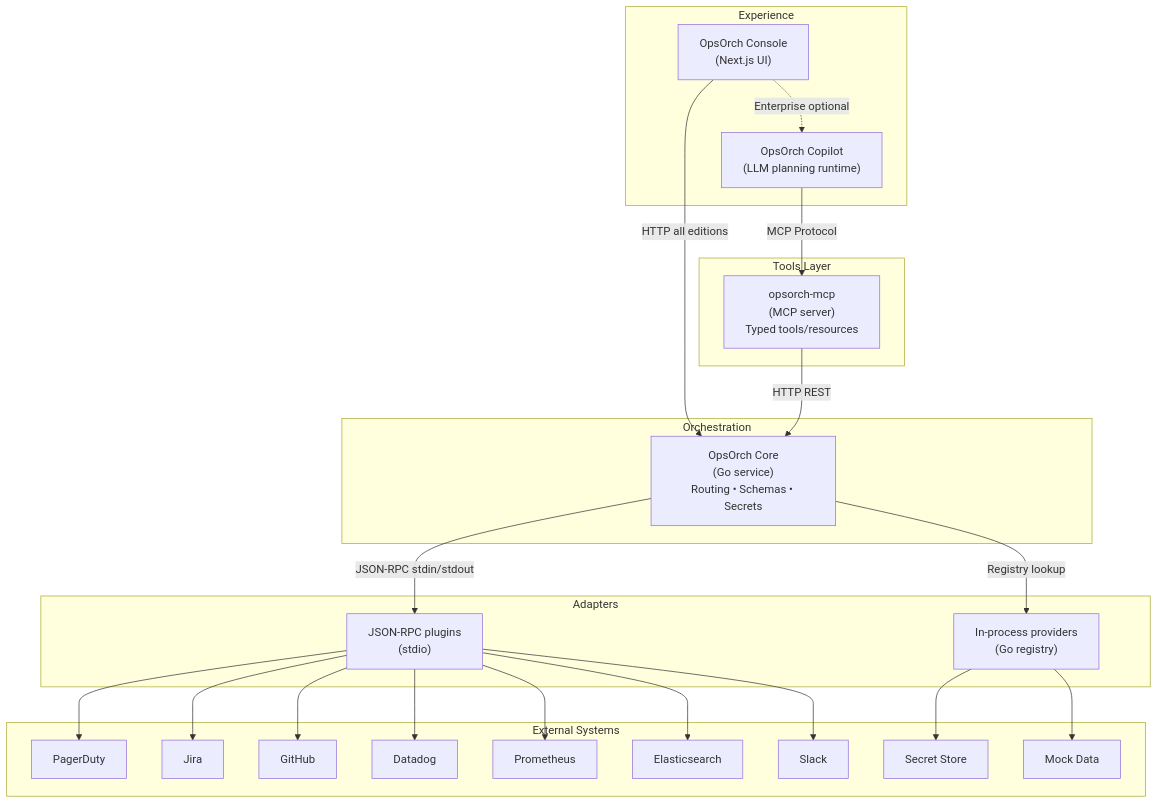
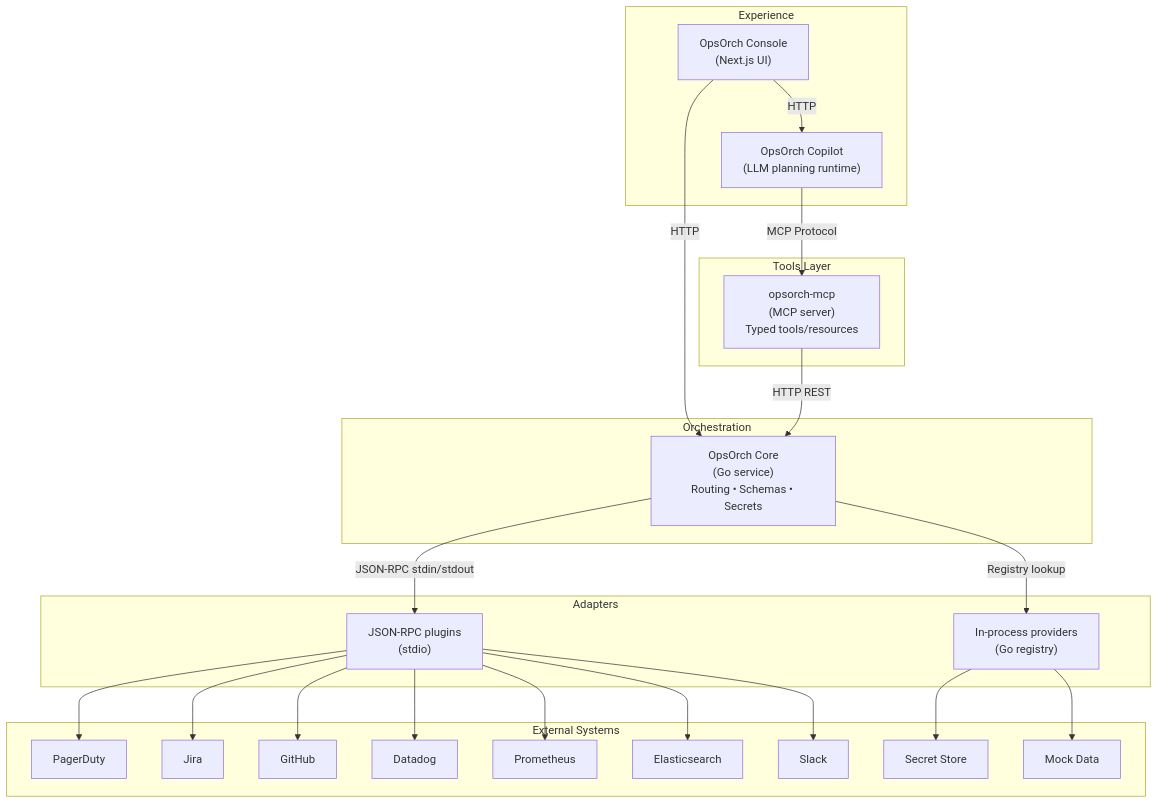
One commit to OpsOrch/.github changed the diagram in profile/README.md. Above: the diagram before and after it, drawn with Mermaid. The commit also changed other lines of this file and 4 other files, not shown here.

````diff
--- a/profile/README.md
+++ b/profile/README.md
@@ -34,48 +34,48 @@
 ```mermaid
 graph TB
     subgraph "Experience"
         Console["OpsOrch Console\n(Next.js UI)"]
         Copilot["OpsOrch Copilot\n(LLM planning runtime)"]
     end
     
     subgraph "Tools Layer"
         MCP["opsorch-mcp\n(MCP server)\nTyped tools/resources"]
     end
     
     subgraph "Orchestration"
         Core["OpsOrch Core\n(Go service)\nRouting • Schemas • Secrets"]
     end
     
     subgraph "Adapters"
         InProc["In-process providers\n(Go registry)"]
         Plugins["JSON-RPC plugins\n(stdio)"]
     end
     
     subgraph "External Systems"
         PD[PagerDuty]
         Jira[Jira]
         GitHub[GitHub]
         DD[Datadog]
         Prom[Prometheus]
         ES[Elasticsearch]
         Slack[Slack]
         Secret[Secret Store]
         Mock[Mock Data]
     end
     
-    Console -.Enterprise optional.-> Copilot
-    Console -->|HTTP all editions| Core
+    Console -->|HTTP| Copilot
+    Console -->|HTTP| Core
     Copilot -->|MCP Protocol| MCP
     MCP -->|HTTP REST| Core
     Core -->|Registry lookup| InProc
     Core -->|JSON-RPC stdin/stdout| Plugins
     InProc --> Mock
     InProc --> Secret
     Plugins --> PD
     Plugins --> Jira
     Plugins --> GitHub
     Plugins --> DD
     Plugins --> Prom
     Plugins --> ES
     Plugins --> Slack
 ```
````
